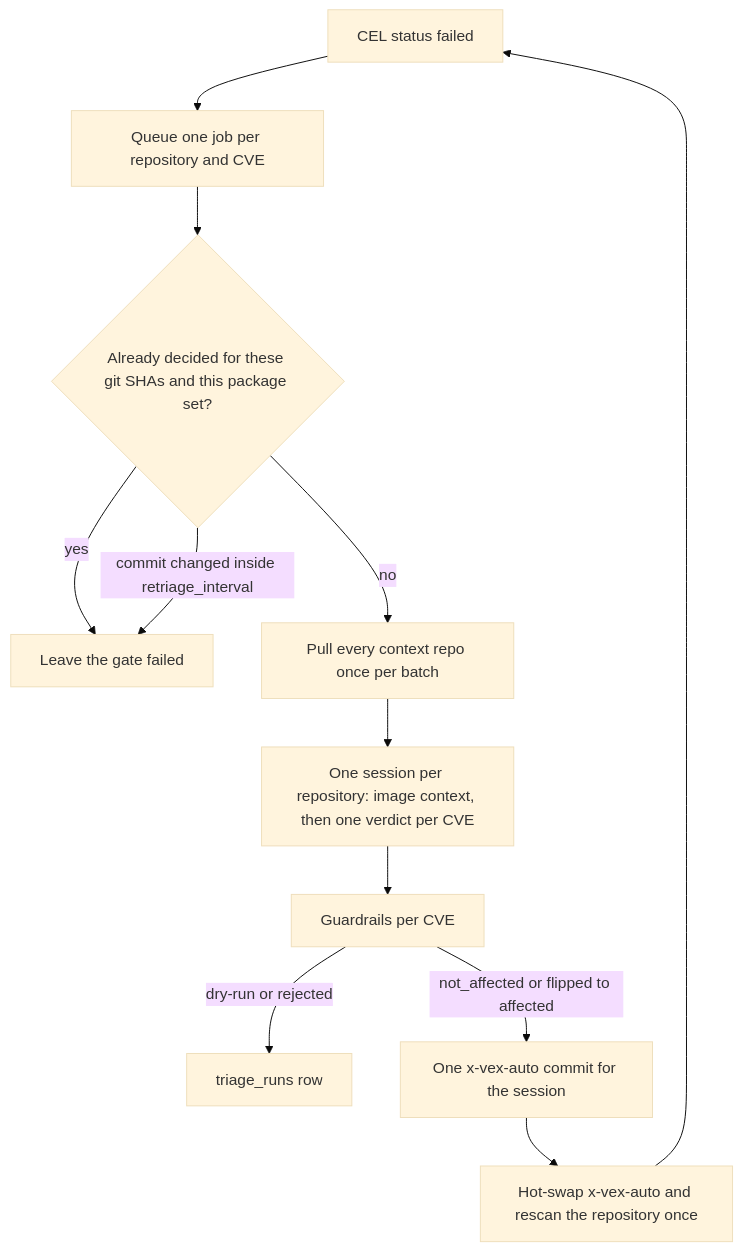
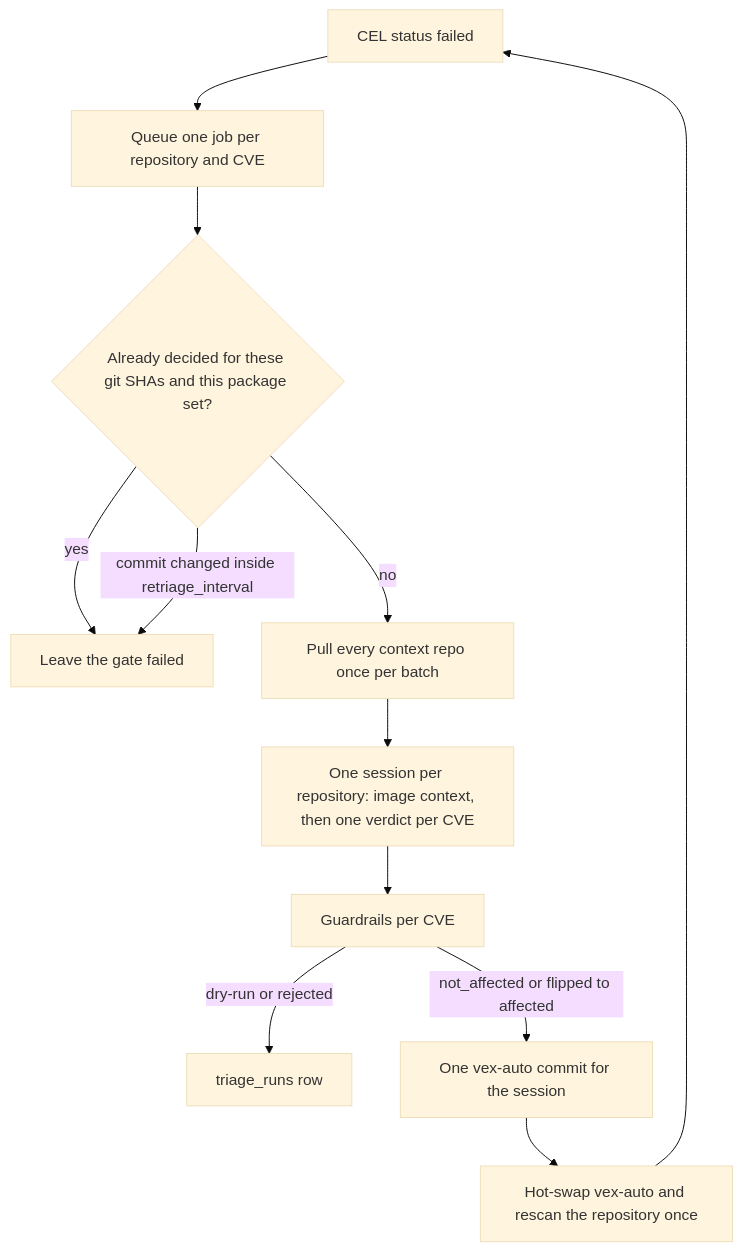
The third of 3 diagrams in docs/STATE_MACHINE.md (daimoniac/suppline), drawn with Mermaid (base theme) before and after one commit. The commit also changed other lines of this file and 105 other files, not shown here.

````diff
--- a/docs/STATE_MACHINE.md
+++ b/docs/STATE_MACHINE.md
@@ -118,14 +118,14 @@
 ```mermaid
 flowchart TD
     fail[CEL status failed] --> queue[Queue one job per repository and CVE]
     queue --> skip{Already decided for these git SHAs and this package set?}
     skip -->|yes| done[Leave the gate failed]
     skip -->|commit changed inside retriage_interval| done
     skip -->|no| pull[Pull every context repo once per batch]
     pull --> session[One session per repository: image context, then one verdict per CVE]
     session --> guard[Guardrails per CVE]
     guard -->|dry-run or rejected| record[triage_runs row]
-    guard -->|not_affected or flipped to affected| write[One x-vex-auto commit for the session]
-    write --> swap[Hot-swap x-vex-auto and rescan the repository once]
+    guard -->|not_affected or flipped to affected| write[One vex-auto commit for the session]
+    write --> swap[Hot-swap vex-auto and rescan the repository once]
     swap --> fail
 ```
````
